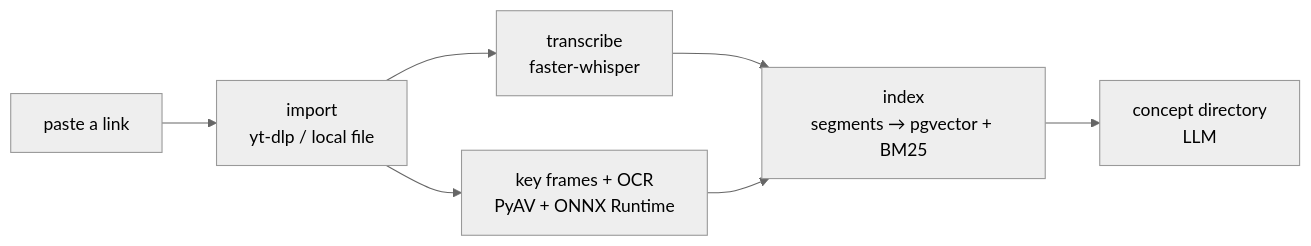
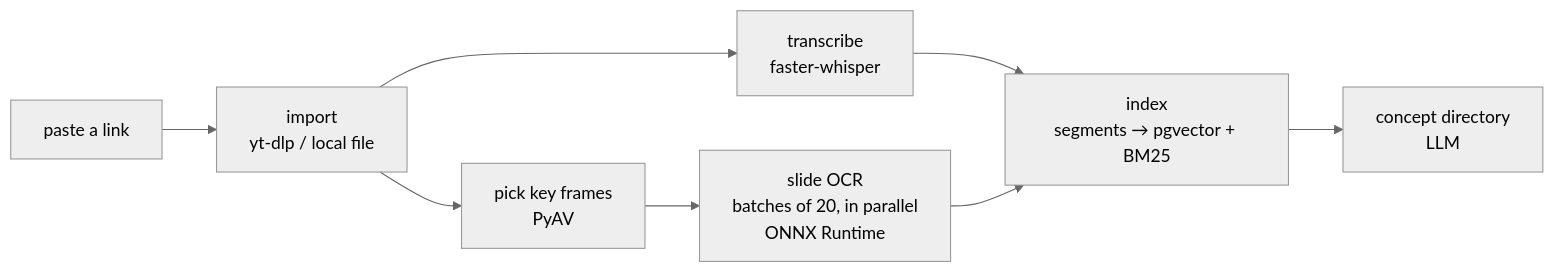
The first of 3 diagrams in README.md (congfanpu-lgtm/lecturelens), drawn with Mermaid (neutral theme) before and after one commit. The commit also changed other lines of this file and 3 other files, not shown here.

````diff
--- a/README.md
+++ b/README.md
@@ -21,9 +21,10 @@
 ```mermaid
 flowchart LR
   A[paste a link] --> I[import<br/>yt-dlp / local file]
   I --> T[transcribe<br/>faster-whisper]
-  I --> F[key frames + OCR<br/>PyAV + ONNX Runtime]
+  I --> F[pick key frames<br/>PyAV]
+  F --> O[slide OCR<br/>batches of 20, in parallel<br/>ONNX Runtime]
   T --> X[index<br/>segments → pgvector + BM25]
-  F --> X
+  O --> X
   X --> C[concept directory<br/>LLM]
 ```
````
